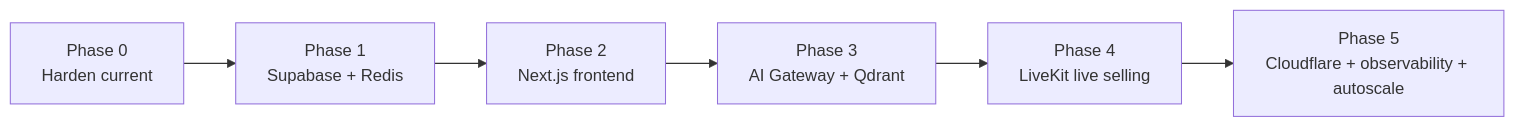
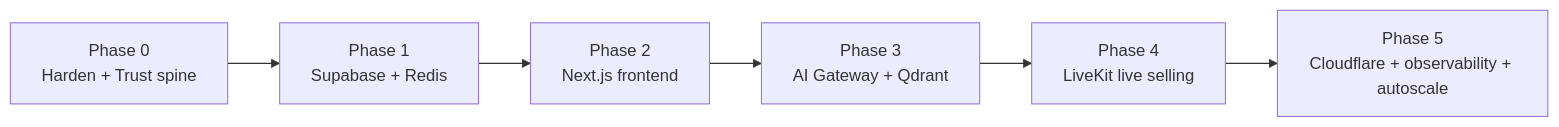
One commit to hreiley001-sketch/ragnar changed the diagram in vault/Ragnarips/Roadmap/README.md. Above: the diagram before and after it, drawn with Mermaid. The commit also changed other lines of this file and 21 other files, not shown here.

First line of the commit message:
Add Trust & Safety spine and beat-Whatnot success blueprint

````diff
--- a/vault/Ragnarips/Roadmap/README.md
+++ b/vault/Ragnarips/Roadmap/README.md
@@ -12,8 +13,8 @@
 ```mermaid
 flowchart LR
-  P0[Phase 0<br/>Harden current] --> P1[Phase 1<br/>Supabase + Redis]
+  P0[Phase 0<br/>Harden + Trust spine] --> P1[Phase 1<br/>Supabase + Redis]
   P1 --> P2[Phase 2<br/>Next.js frontend]
   P2 --> P3[Phase 3<br/>AI Gateway + Qdrant]
   P3 --> P4[Phase 4<br/>LiveKit live selling]
   P4 --> P5[Phase 5<br/>Cloudflare + observability + autoscale]
 ```
````
